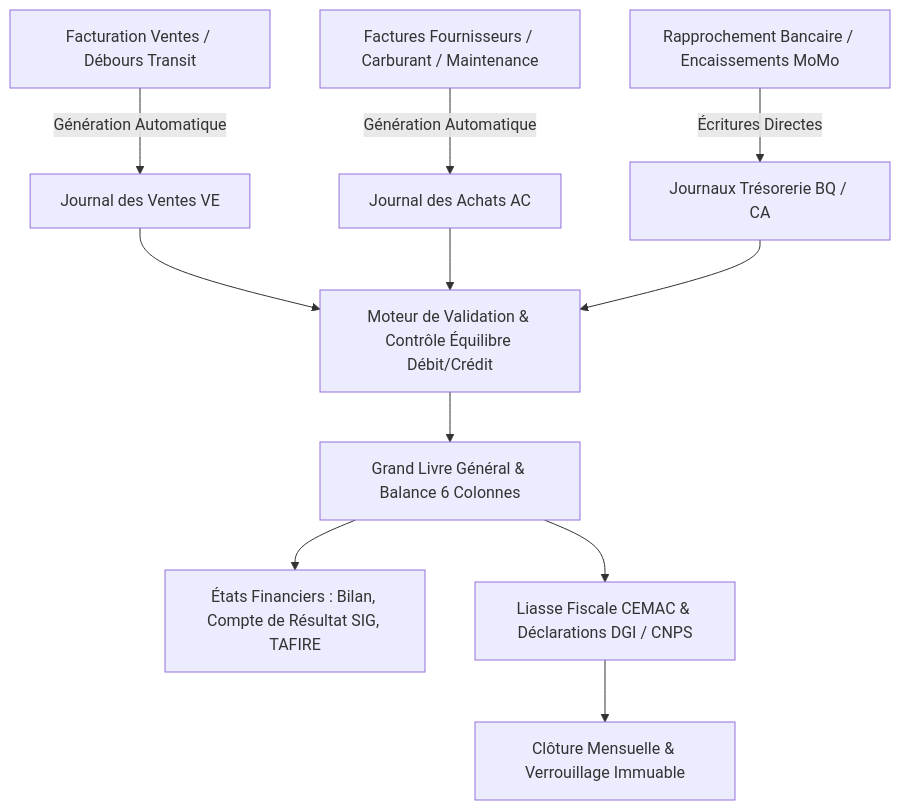
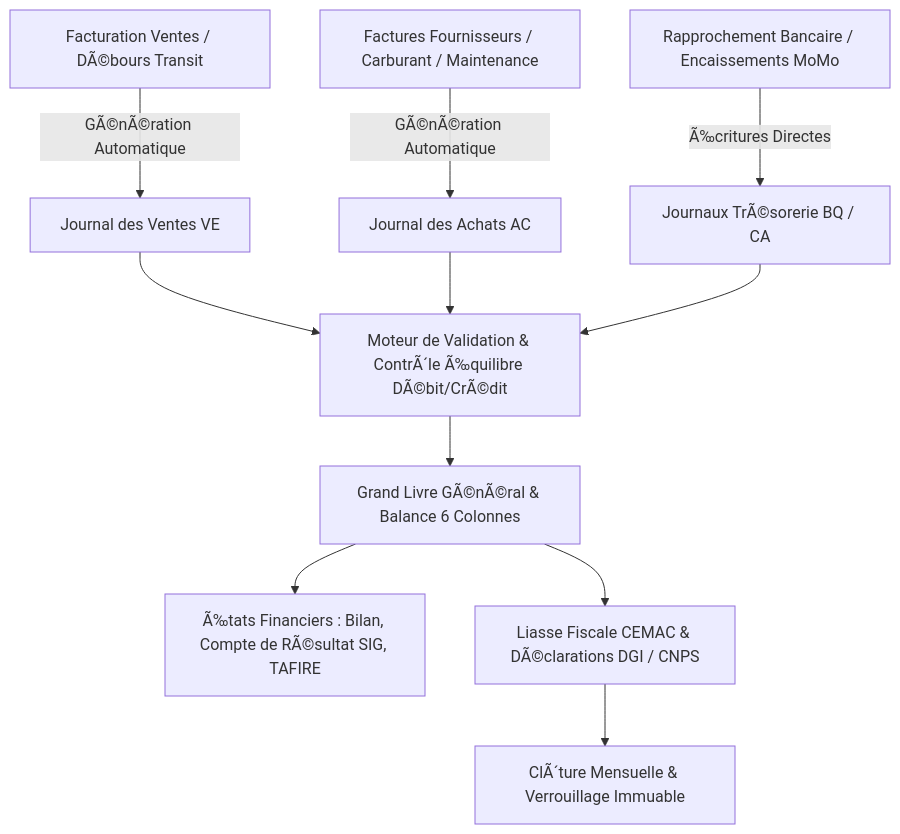
One commit to elevationchic-ux/evo-log-pro changed the diagram in RAPORT_EXPERTISE_COMPTABILITE_OHADA.md. Above: the diagram before and after it, drawn with Mermaid. The commit also changed other lines of this file and 27 other files, not shown here.

````diff
--- a/RAPORT_EXPERTISE_COMPTABILITE_OHADA.md
+++ b/RAPORT_EXPERTISE_COMPTABILITE_OHADA.md
@@ -80,11 +80,11 @@
 ```mermaid
 graph TD
-    A[Facturation Ventes / Débours Transit] -->|Génération Automatique| B[Journal des Ventes VE]
-    C[Factures Fournisseurs / Carburant / Maintenance] -->|Génération Automatique| D[Journal des Achats AC]
-    E[Rapprochement Bancaire / Encaissements MoMo] -->|Écritures Directes| F[Journaux Trésorerie BQ / CA]
-    B & D & F --> G[Moteur de Validation & Contrôle Équilibre Débit/Crédit]
-    G --> H[Grand Livre Général & Balance 6 Colonnes]
-    H --> I[États Financiers : Bilan, Compte de Résultat SIG, TAFIRE]
-    H --> J[Liasse Fiscale CEMAC & Déclarations DGI / CNPS]
-    J --> K[Clôture Mensuelle & Verrouillage Immuable]
+    A[Facturation Ventes / DÃ©bours Transit] -->|GÃ©nÃ©ration Automatique| B[Journal des Ventes VE]
+    C[Factures Fournisseurs / Carburant / Maintenance] -->|GÃ©nÃ©ration Automatique| D[Journal des Achats AC]
+    E[Rapprochement Bancaire / Encaissements MoMo] -->|Ã‰critures Directes| F[Journaux TrÃ©sorerie BQ / CA]
+    B & D & F --> G[Moteur de Validation & ContrÃ´le Ã‰quilibre DÃ©bit/CrÃ©dit]
+    G --> H[Grand Livre GÃ©nÃ©ral & Balance 6 Colonnes]
+    H --> I[Ã‰tats Financiers : Bilan, Compte de RÃ©sultat SIG, TAFIRE]
+    H --> J[Liasse Fiscale CEMAC & DÃ©clarations DGI / CNPS]
+    J --> K[ClÃ´ture Mensuelle & Verrouillage Immuable]
 ```
````
